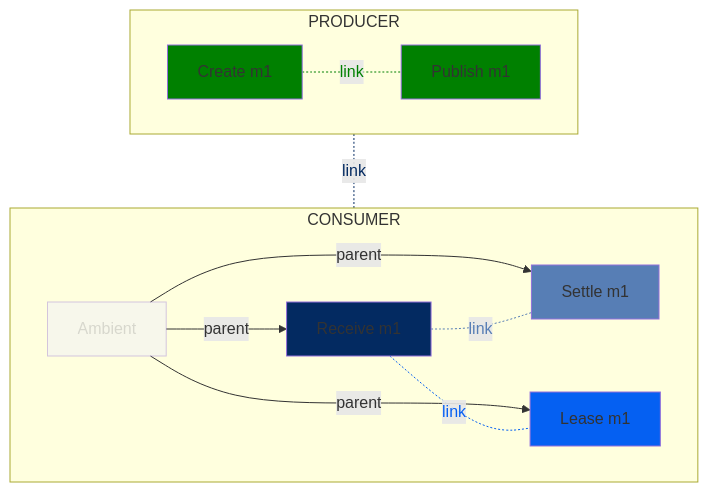
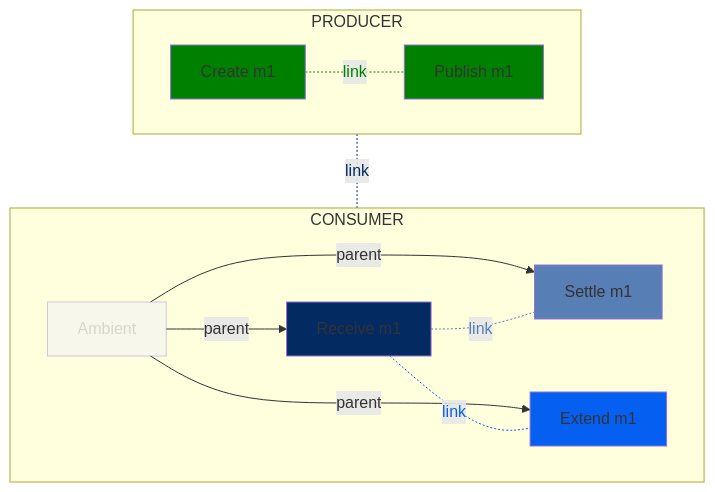
Before and after one commit to alevenberg/semantic-conventions: the seventh of 29 diagrams in docs/messaging/gcp-pubsub.md, drawn with Mermaid. The commit also changed other lines of this file, not shown here.

````diff
--- a/docs/messaging/gcp-pubsub.md
+++ b/docs/messaging/gcp-pubsub.md
@@ -311,51 +311,51 @@
 ```mermaid
 flowchart TD;
   subgraph CONSUMER
   direction LR
   A[Ambient]
   R1[Receive m1]
   SM1[Settle m1]
-  LM1[Lease m1]
+  LM1[Extend m1]
   %% Link 0
   A-- parent -->R1
   %% Link 1
   A-- parent -->SM1
   %% Link 2
   A-- parent -->LM1
   end
   subgraph PRODUCER
   direction LR
   CM1[Create m1]
   PM1[Publish m1]
   end
   %% Link 3
   CM1-. link .-PM1;
   %% Link 4
   CM1-. link .-R1;
   %% Link 5
   R1-. link .-SM1;
   %% Link 6
   R1-. link .-LM1;
 
   %% Style the node and corresponding link
   %% Producer links and nodes
   classDef producer fill:green
   class PM1,CM1 producer
   linkStyle 3 color:green,stroke:green
 
   %% Consumer links and nodes
   classDef consumer fill:#032a61
   class R1 consumer
   linkStyle 4 color:#032a61,stroke:#032a61
 
   classDef lease fill:#0560f2
   class LM1 lease
   linkStyle 6 color:#0560f2,stroke:#0560f2
 
   classDef ack fill:#577eb5
   class SM1 ack
   linkStyle 5 color:#577eb5,stroke:#577eb5
 
   classDef additional opacity:0.4
   class A additional
 ```
````
